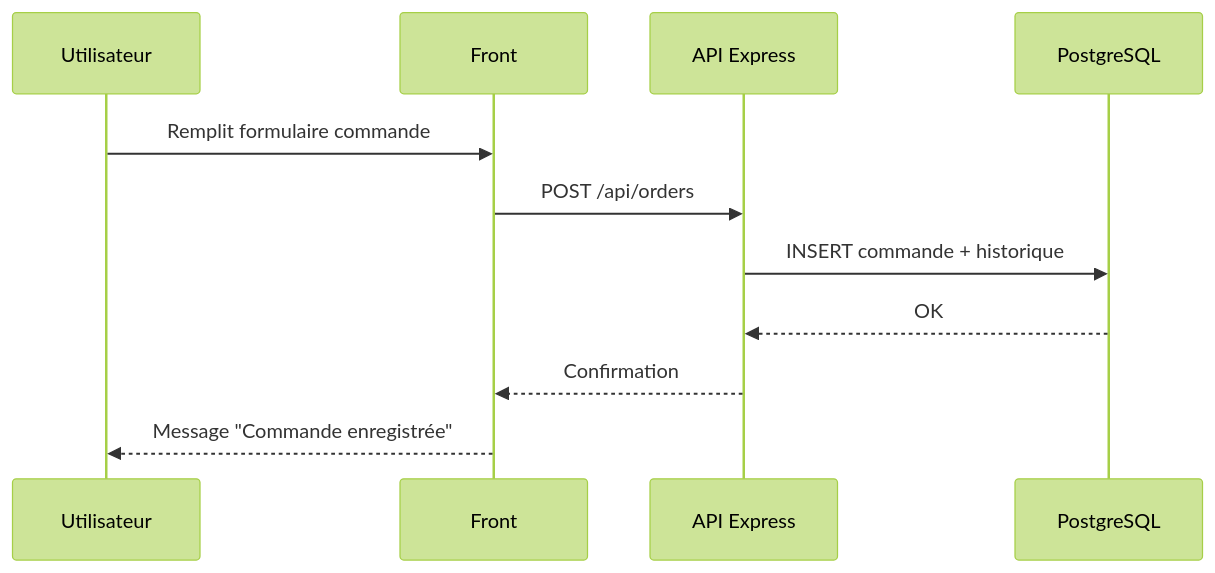
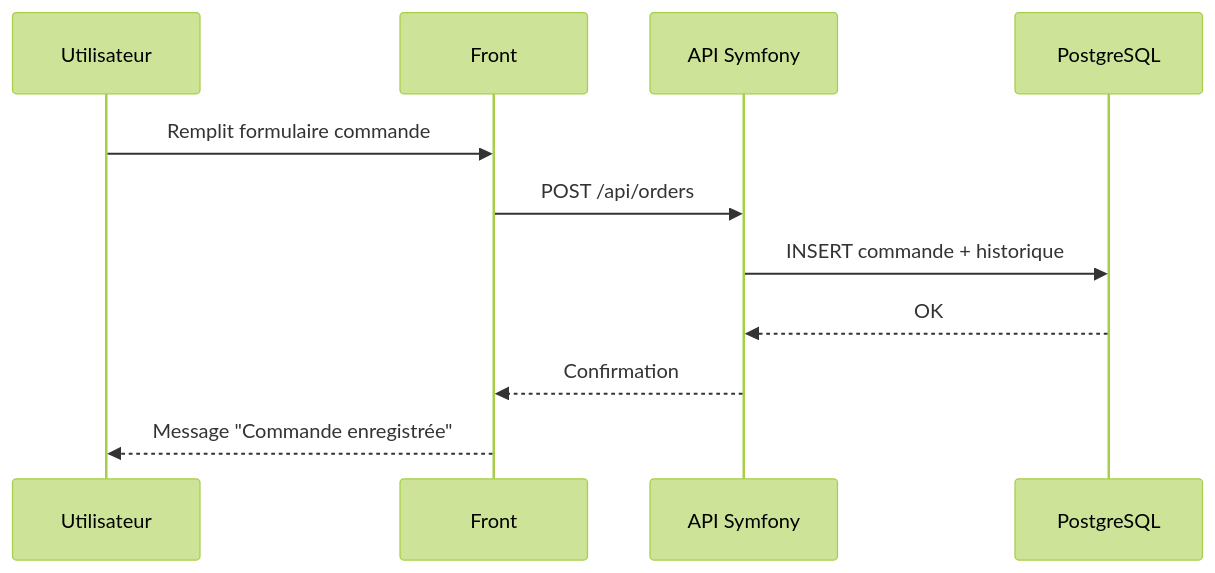
The third of 3 diagrams in docs/TECHNIQUE.md (philippesouton/vite-gourmand-ecf), drawn with Mermaid (forest theme) before and after one commit. The commit also changed other lines of this file and 51 other files, not shown here.

````diff
--- a/docs/TECHNIQUE.md
+++ b/docs/TECHNIQUE.md
@@ -80,14 +79,14 @@
 ```mermaid
 sequenceDiagram
   participant U as Utilisateur
   participant F as Front
-  participant API as API Express
+  participant API as API Symfony
   participant DB as PostgreSQL
 
   U->>F: Remplit formulaire commande
   F->>API: POST /api/orders
   API->>DB: INSERT commande + historique
   DB-->>API: OK
   API-->>F: Confirmation
   F-->>U: Message "Commande enregistrée"
 ```
````
